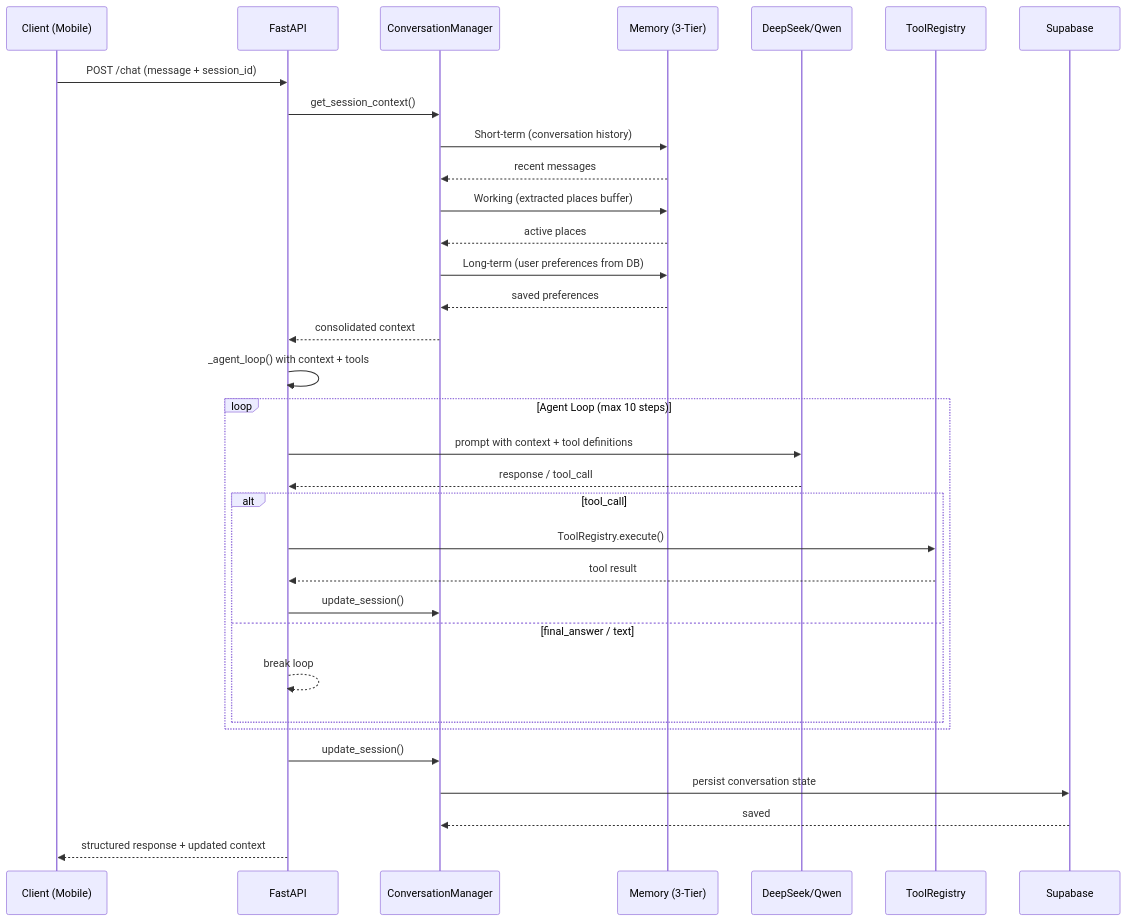
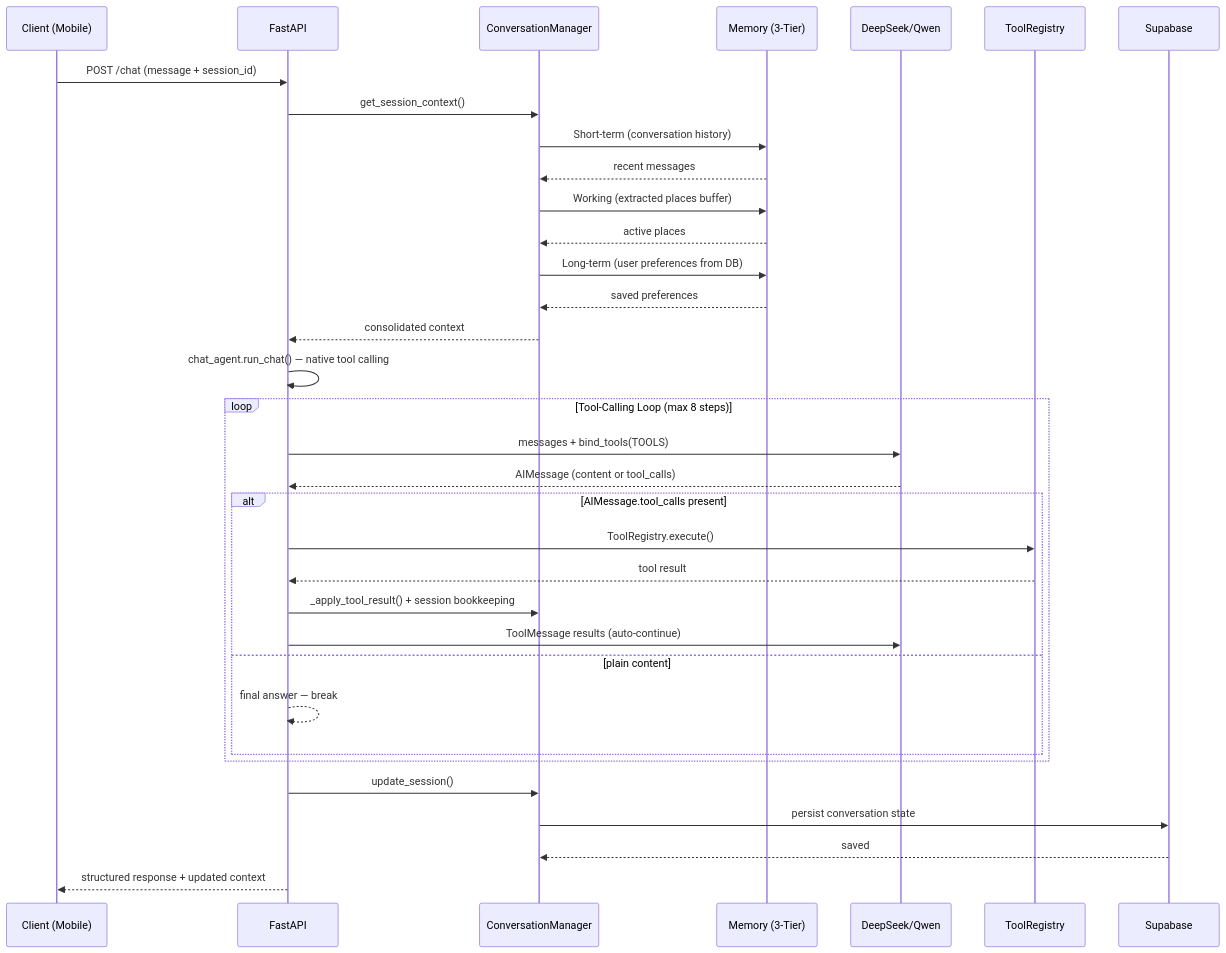
One commit to zjwang168/atlas-mobile changed the ninth of 9 diagrams in README.md. Above: the diagram before and after it, drawn with Mermaid. The commit also changed other lines of this file, not shown here.

First line of the commit message:
update architecture diagrams for the LangChain chat agent

````diff
--- a/README.md
+++ b/README.md
@@ -466,38 +473,39 @@
 ```mermaid
 sequenceDiagram
     participant C as Client (Mobile)
     participant API as FastAPI
     participant CM as ConversationManager
     participant MEM as Memory (3-Tier)
     participant LLM as DeepSeek/Qwen
     participant TR as ToolRegistry
     participant DB as Supabase
 
     C->>API: POST /chat (message + session_id)
     API->>CM: get_session_context()
     CM->>MEM: Short-term (conversation history)
     MEM-->>CM: recent messages
     CM->>MEM: Working (extracted places buffer)
     MEM-->>CM: active places
     CM->>MEM: Long-term (user preferences from DB)
     MEM-->>CM: saved preferences
     CM-->>API: consolidated context
 
-    API->>API: _agent_loop() with context + tools
-    loop Agent Loop (max 10 steps)
-        API->>LLM: prompt with context + tool definitions
-        LLM-->>API: response / tool_call
-        alt tool_call
+    API->>API: chat_agent.run_chat() — native tool calling
+    loop Tool-Calling Loop (max 8 steps)
+        API->>LLM: messages + bind_tools(TOOLS)
+        LLM-->>API: AIMessage (content or tool_calls)
+        alt AIMessage.tool_calls present
             API->>TR: ToolRegistry.execute()
             TR-->>API: tool result
-            API->>CM: update_session()
-        else final_answer / text
-            API-->>API: break loop
+            API->>CM: _apply_tool_result() + session bookkeeping
+            API->>LLM: ToolMessage results (auto-continue)
+        else plain content
+            API-->>API: final answer — break
         end
     end
 
     API->>CM: update_session()
     CM->>DB: persist conversation state
     DB-->>CM: saved
     API-->>C: structured response + updated context
 ```
````
